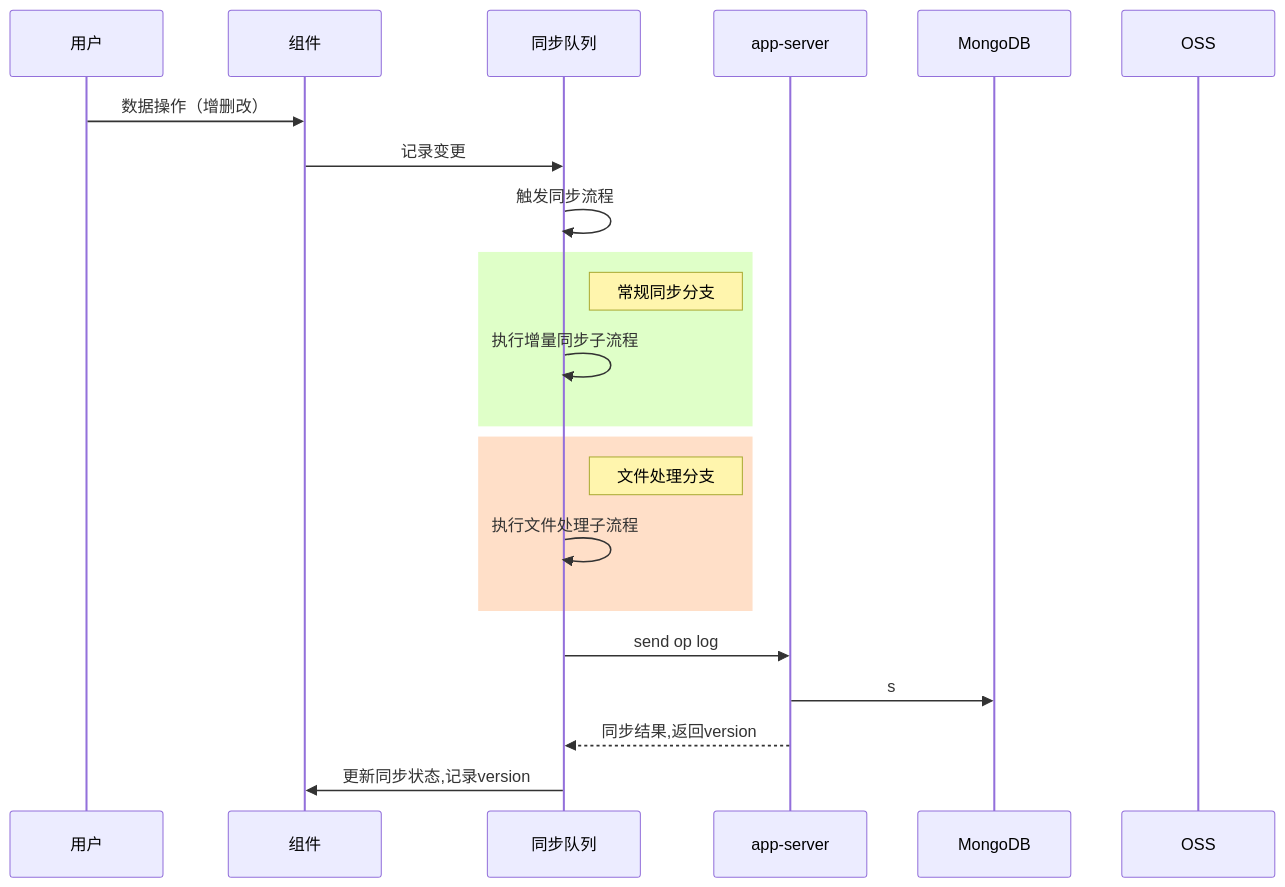
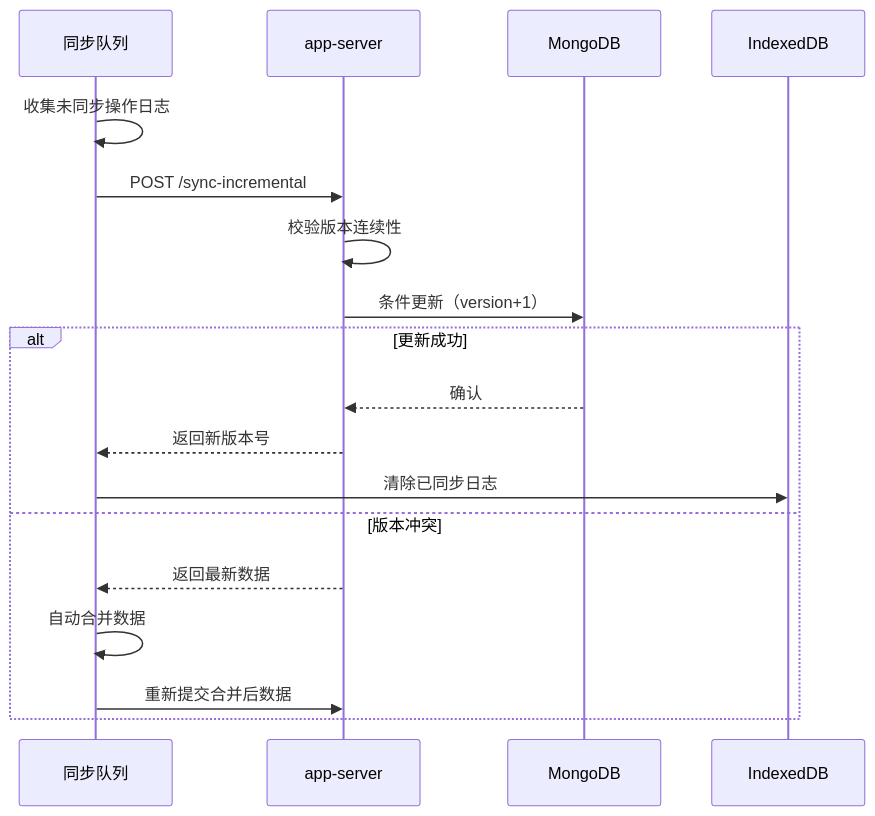
The diagram in all/未命名-24.md (yingjianzh/iodraw-files), drawn with Mermaid before and after one commit.

Commit message:
2025-02-24 16:24:29 update

````diff
--- a/all/未命名-24.md
+++ b/all/未命名-24.md
@@ -1,33 +1,23 @@
 ```mermaid
 
 sequenceDiagram
-    participant 用户
-    participant 组件
     participant 同步队列
     participant app-server
     participant MongoDB
-    participant OSS
 
 
-    用户->>组件: 数据操作（增删改）
-    组件->>同步队列: 记录变更
-    同步队列->>同步队列: 触发同步流程
-
-
-    rect rgb(223,255,200)
-    Note right of 同步队列: 常规同步分支
-    同步队列->>同步队列: 执行增量同步子流程
+    同步队列->>同步队列: 收集未同步操作日志
+    同步队列->>app-server: POST /sync-incremental
+    app-server->>app-server: 校验版本连续性
+    app-server->>MongoDB: 条件更新（version+1）
+    alt 更新成功
+        MongoDB-->>app-server: 确认
+        app-server-->>同步队列: 返回新版本号
+        同步队列->>IndexedDB: 清除已同步日志
+    else 版本冲突
+        app-server-->>同步队列: 返回最新数据
+        同步队列->>同步队列: 自动合并数据
+        同步队列->>app-server: 重新提交合并后数据
     end
 
-    rect rgb(255,223,200)
-    Note right of 同步队列: 文件处理分支
-    同步队列->>同步队列: 执行文件处理子流程
-    end
-    
-    同步队列->>app-server: send op log
-    app-server->>MongoDB: s
-
-    app-server-->>同步队列: 同步结果,返回version
-    同步队列->>组件: 更新同步状态,记录version
-
 ```
````
